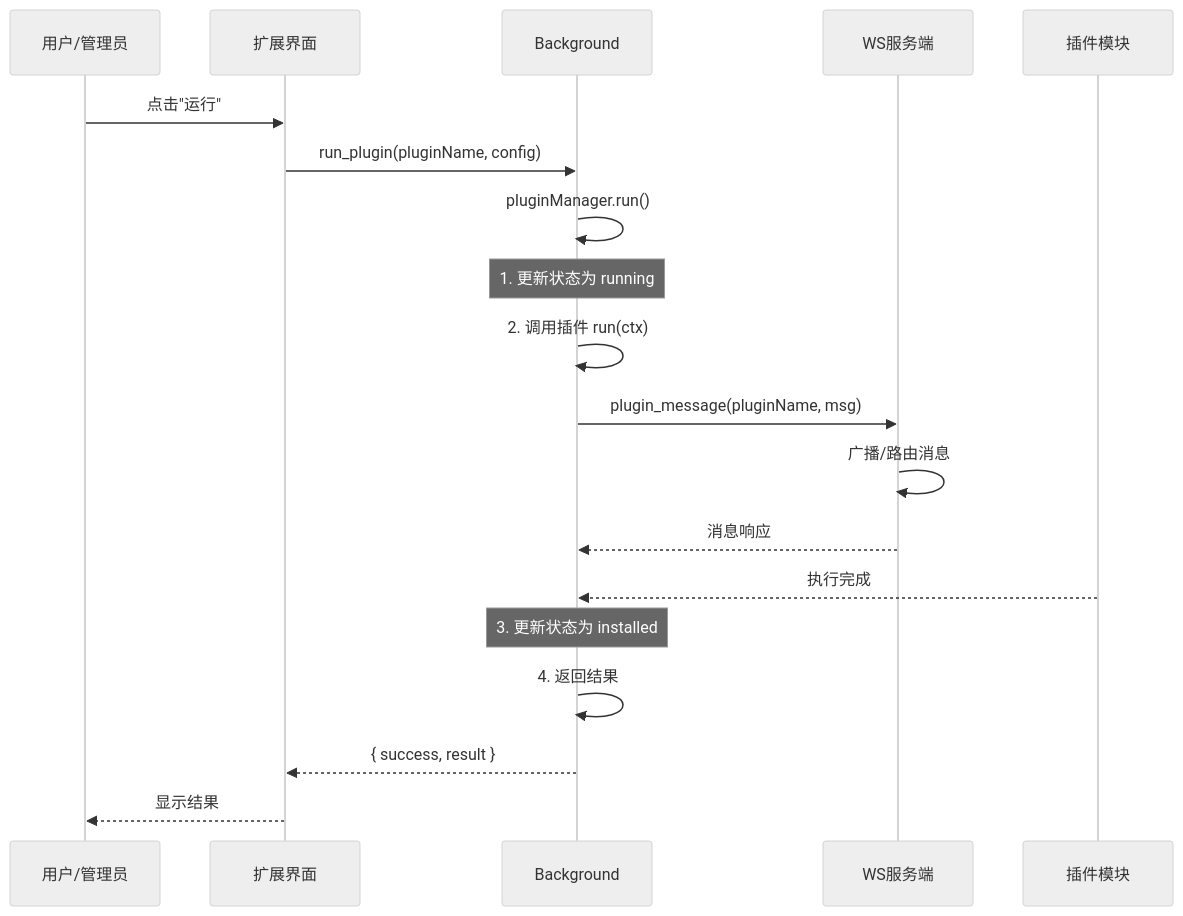
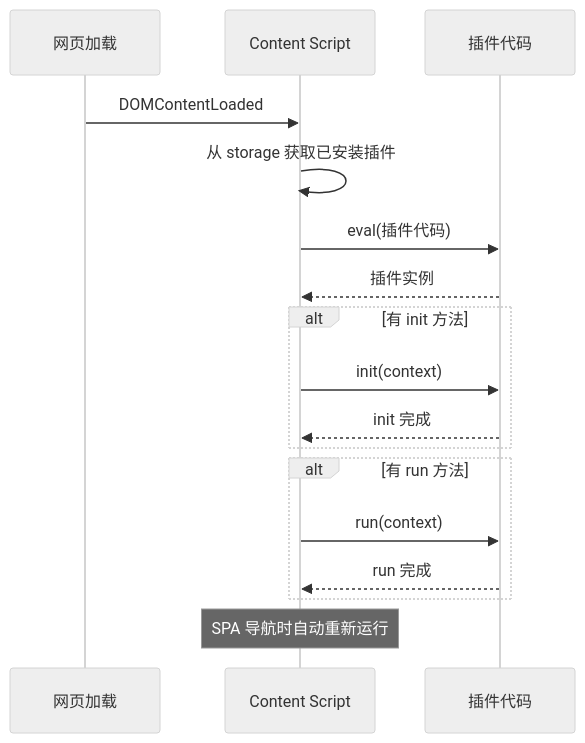
Before and after one commit to 1006033520/llq_RemoteF: the second of 2 diagrams in docs/flow.md, drawn with Mermaid (neutral theme). The commit also changed other lines of this file and 20 other files, not shown here.

````diff
--- a/docs/flow.md
+++ b/docs/flow.md
@@ -258,27 +241,23 @@
 ```mermaid
 sequenceDiagram
-    participant User as 用户/管理员
-    participant UI as 扩展界面
-    participant BG as Background
-    participant WS as WS服务端
-    participant Plugin as 插件模块
+    participant Page as 网页加载
+    participant Runtime as Content Script
+    participant Plugin as 插件代码
 
-    User->>UI: 点击"运行"
-    UI->>BG: run_plugin(pluginName, config)
-    BG->>BG: pluginManager.run()
+    Page->>Runtime: DOMContentLoaded
+    Runtime->>Runtime: 从 storage 获取已安装插件
+    Runtime->>Plugin: eval(插件代码)
+    Plugin-->>Runtime: 插件实例
 
-    Note over BG: 1. 更新状态为 running
-    BG->>BG: 2. 调用插件 run(ctx)
+    alt 有 init 方法
+        Runtime->>Plugin: init(context)
+        Plugin-->>Runtime: init 完成
+    end
 
-    BG->>WS: plugin_message(pluginName, msg)
-    WS->>WS: 广播/路由消息
-    WS-->>BG: 消息响应
+    alt 有 run 方法
+        Runtime->>Plugin: run(context)
+        Plugin-->>Runtime: run 完成
+    end
 
-    Plugin-->>BG: 执行完成
-
-    Note over BG: 3. 更新状态为 installed
-    BG->>BG: 4. 返回结果
-
-    BG-->>UI: { success, result }
-    UI-->>User: 显示结果
+    Note over Runtime: SPA 导航时自动重新运行
 ```
````
